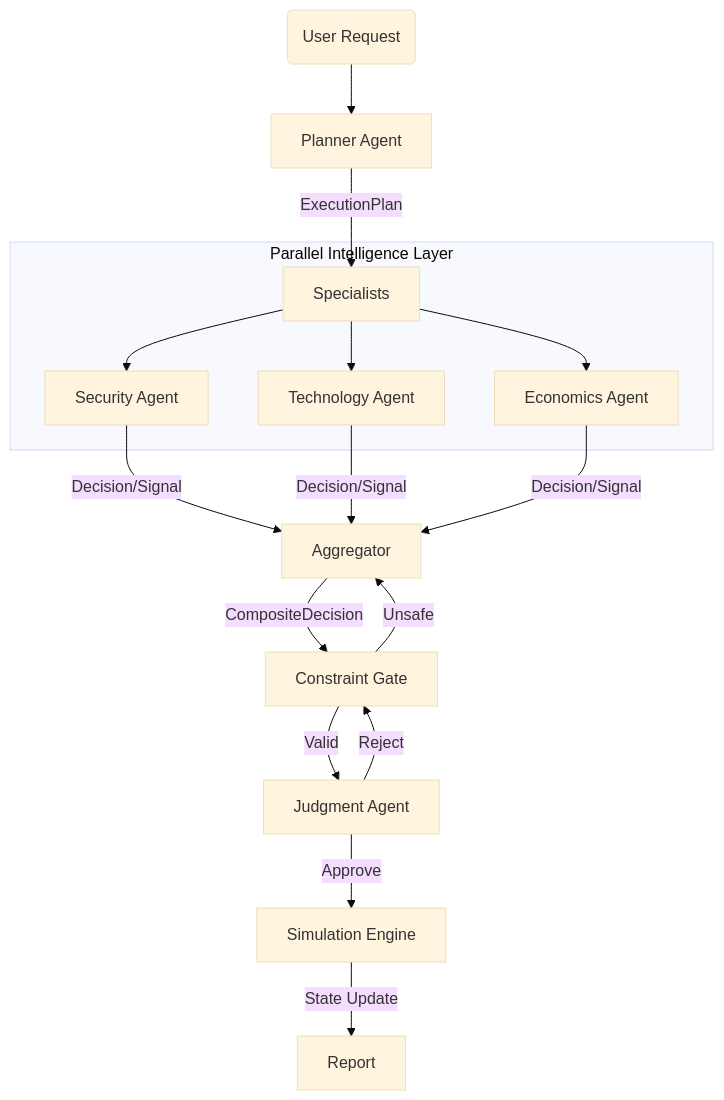
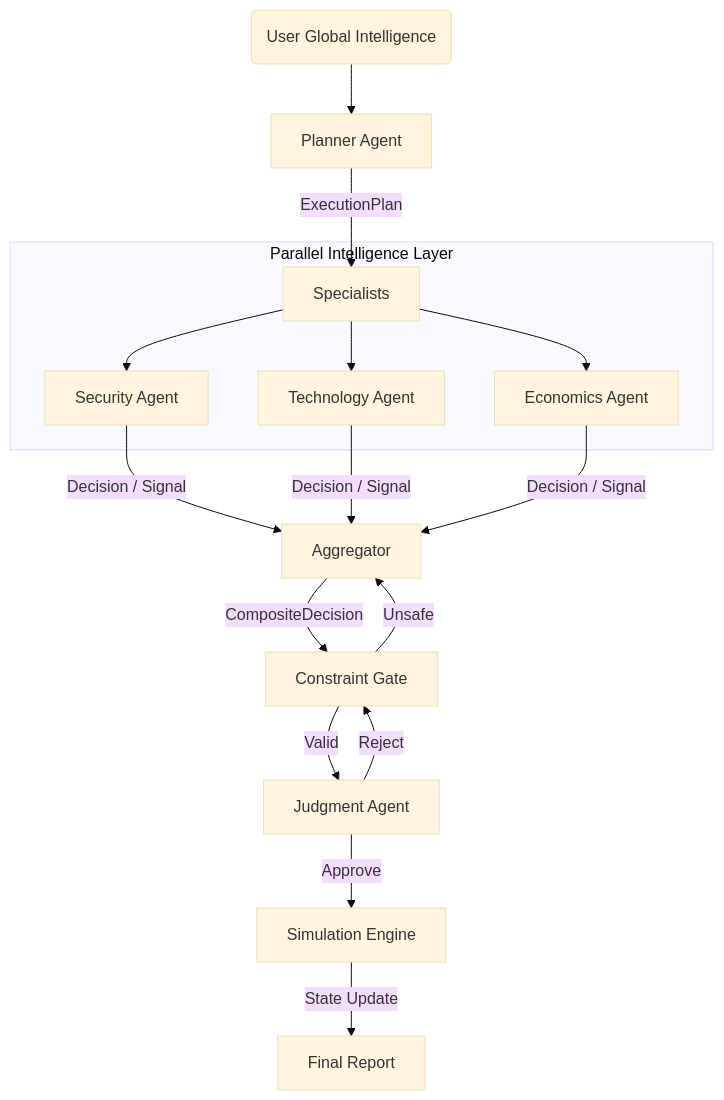
One commit to Auro-rium/simulation-agent changed the diagram in README.md. Above: the diagram before and after it, drawn with Mermaid (base theme). The commit also changed other lines of this file, not shown here.

````diff
--- a/README.md
+++ b/README.md
@@ -39,25 +52,25 @@
 ```mermaid
 graph TD
-    User(User Request) --> Plan[Planner Agent]
-    Plan -->|ExecutionPlan| Specialists
+    User(User Global Intelligence) --> Planner[Planner Agent]
+    Planner -->|ExecutionPlan| Specialists
     
     subgraph "Parallel Intelligence Layer"
         Specialists --> Sec[Security Agent]
         Specialists --> Tech[Technology Agent]
         Specialists --> Econ[Economics Agent]
     end
     
-    Sec -->|Decision/Signal| Aggregator
-    Tech -->|Decision/Signal| Aggregator
-    Econ -->|Decision/Signal| Aggregator
+    Sec -->|Decision / Signal| Aggregator
+    Tech -->|Decision / Signal| Aggregator
+    Econ -->|Decision / Signal| Aggregator
     
     Aggregator -->|CompositeDecision| Constraint[Constraint Gate]
     
     Constraint -->|Unsafe| Aggregator
     Constraint -->|Valid| Judgment[Judgment Agent]
     
     Judgment -->|Approve| Sim[Simulation Engine]
     Judgment -->|Reject| Constraint
     
-    Sim -->|State Update| Report
+    Sim -->|State Update| Report[Final Report]
 ```
````
